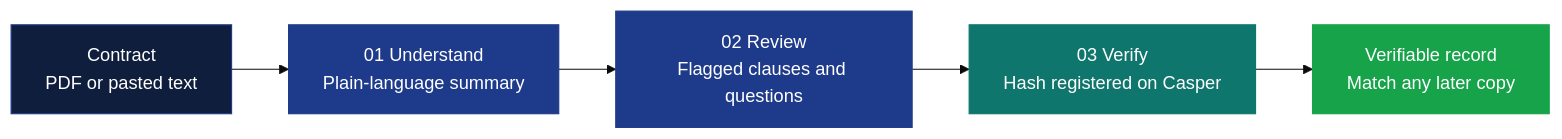
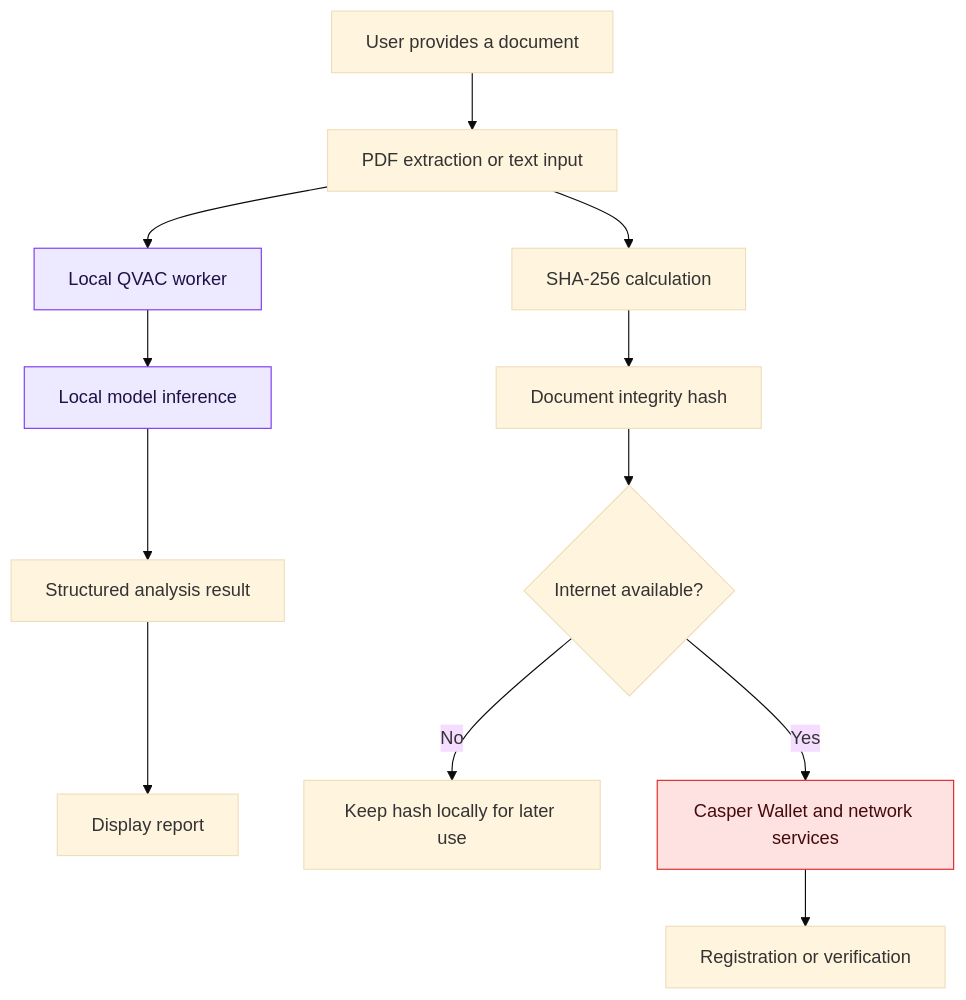
One commit to Hajrajadoon/LexProof-Pocket changed the second of 6 diagrams in README.md. Above: the diagram before and after it, drawn with Mermaid (base theme). The commit also changed other lines of this file, not shown here.

````diff
--- a/README.md
+++ b/README.md
@@ -148,13 +197,20 @@
 ```mermaid
-flowchart LR
-    A["Contract<br/>PDF or pasted text"] --> B["01 Understand<br/>Plain-language summary"]
-    B --> C["02 Review<br/>Flagged clauses and questions"]
-    C --> D["03 Verify<br/>Hash registered on Casper"]
-    D --> E["Verifiable record<br/>Match any later copy"]
+flowchart TB
+    A["User provides a document"] --> B["PDF extraction or text input"]
+    B --> C["Local QVAC worker"]
+    C --> D["Local model inference"]
+    D --> E["Structured analysis result"]
+    E --> F["Display report"]
 
-    style A fill:#0F1E3D,stroke:#1E3A8A,color:#fff
-    style B fill:#1E3A8A,stroke:#1E3A8A,color:#fff
-    style C fill:#1E3A8A,stroke:#1E3A8A,color:#fff
-    style D fill:#0F766E,stroke:#0F766E,color:#fff
-    style E fill:#16A34A,stroke:#16A34A,color:#fff
+    B --> G["SHA-256 calculation"]
+    G --> H["Document integrity hash"]
+
+    H --> I{"Internet available?"}
+    I -- "No" --> J["Keep hash locally for later use"]
+    I -- "Yes" --> K["Casper Wallet and network services"]
+    K --> L["Registration or verification"]
+
+    style C fill:#EDE9FE,stroke:#7C3AED,color:#1F1147
+    style D fill:#EDE9FE,stroke:#7C3AED,color:#1F1147
+    style K fill:#FEE2E2,stroke:#DC2626,color:#450A0A
 ```
````
